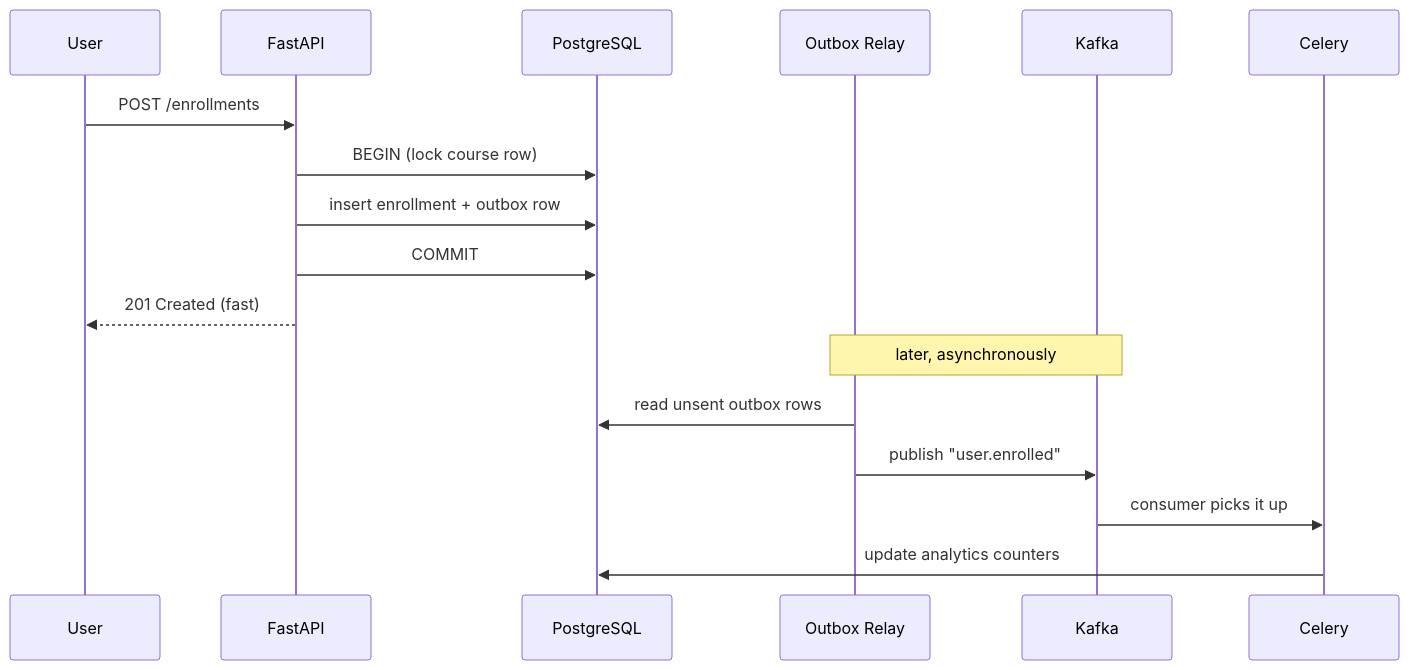
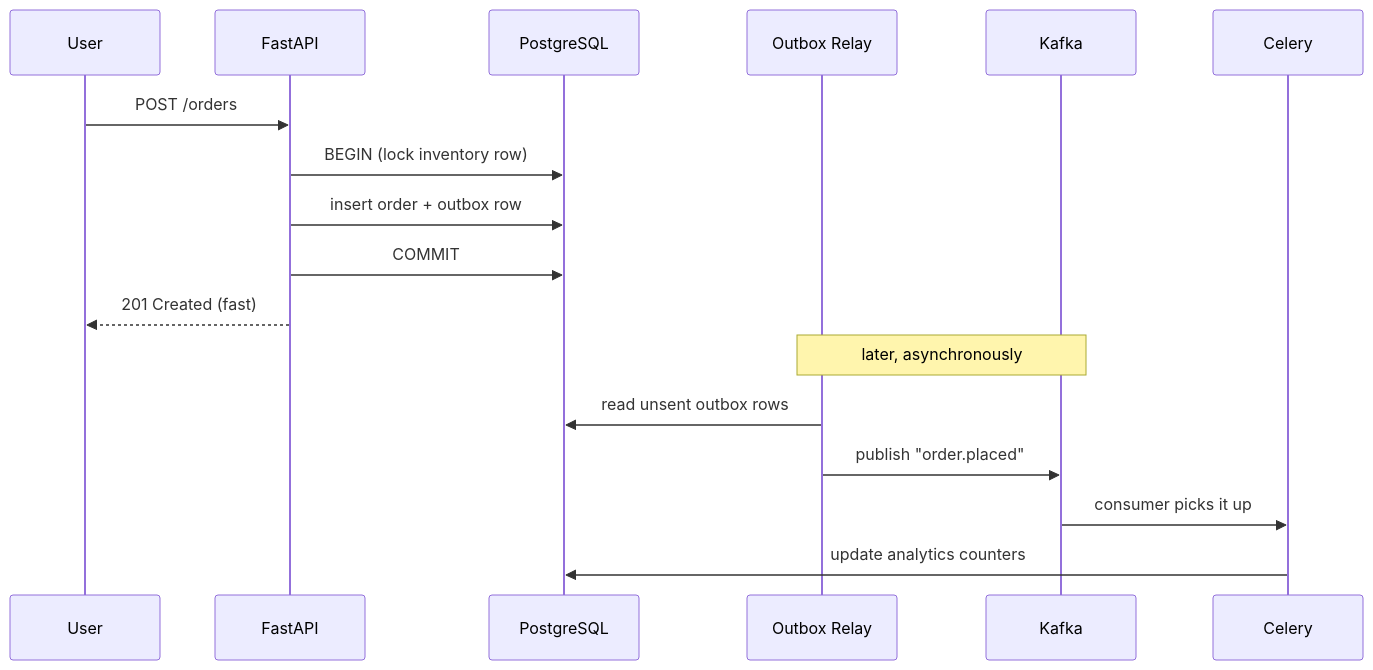
Before and after one commit to Hamza-Afraiz/Python-learning: the second of 3 diagrams in src/content/docs/concepts/architecture.md, drawn with Mermaid. The commit also changed other lines of this file and 5 other files, not shown here.

````diff
--- a/src/content/docs/concepts/architecture.md
+++ b/src/content/docs/concepts/architecture.md
@@ -68,20 +68,20 @@
 ```mermaid
 sequenceDiagram
     participant U as User
     participant API as FastAPI
     participant PG as PostgreSQL
     participant OB as Outbox Relay
     participant K as Kafka
     participant C as Celery
 
-    U->>API: POST /enrollments
-    API->>PG: BEGIN (lock course row)
-    API->>PG: insert enrollment + outbox row
+    U->>API: POST /orders
+    API->>PG: BEGIN (lock inventory row)
+    API->>PG: insert order + outbox row
     API->>PG: COMMIT
     API-->>U: 201 Created (fast)
     Note over OB,K: later, asynchronously
     OB->>PG: read unsent outbox rows
-    OB->>K: publish "user.enrolled"
+    OB->>K: publish "order.placed"
     K->>C: consumer picks it up
     C->>PG: update analytics counters
 ```
````
